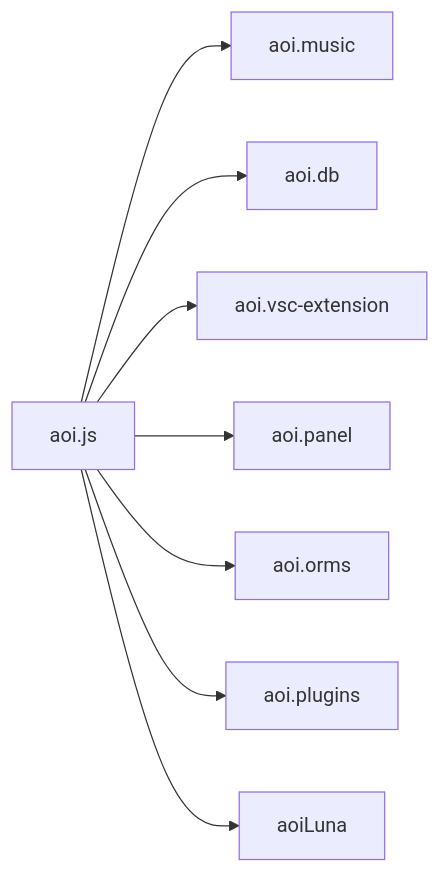
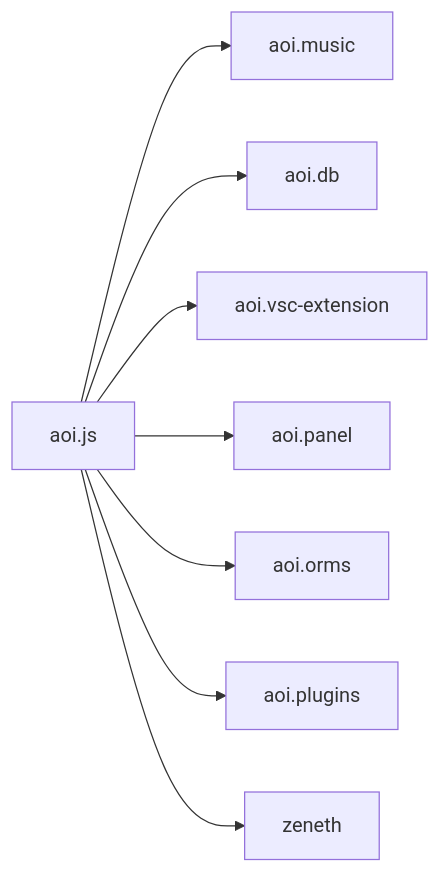
One commit to aoijs/aoi.js changed the diagram in README.md. Above: the diagram before and after it, drawn with Mermaid.

````diff
--- a/README.md
+++ b/README.md
@@ -127,11 +127,11 @@
 ```mermaid
 graph LR
 
 A[aoi.js] --> B[aoi.music]
 A --> C[aoi.db]
 A --> D[aoi.vsc-extension]
 A --> F[aoi.panel]
 A --> G[aoi.orms]
 A --> H[aoi.plugins]
-A --> I[aoiLuna]
+A --> I[zeneth]
 ```
````
